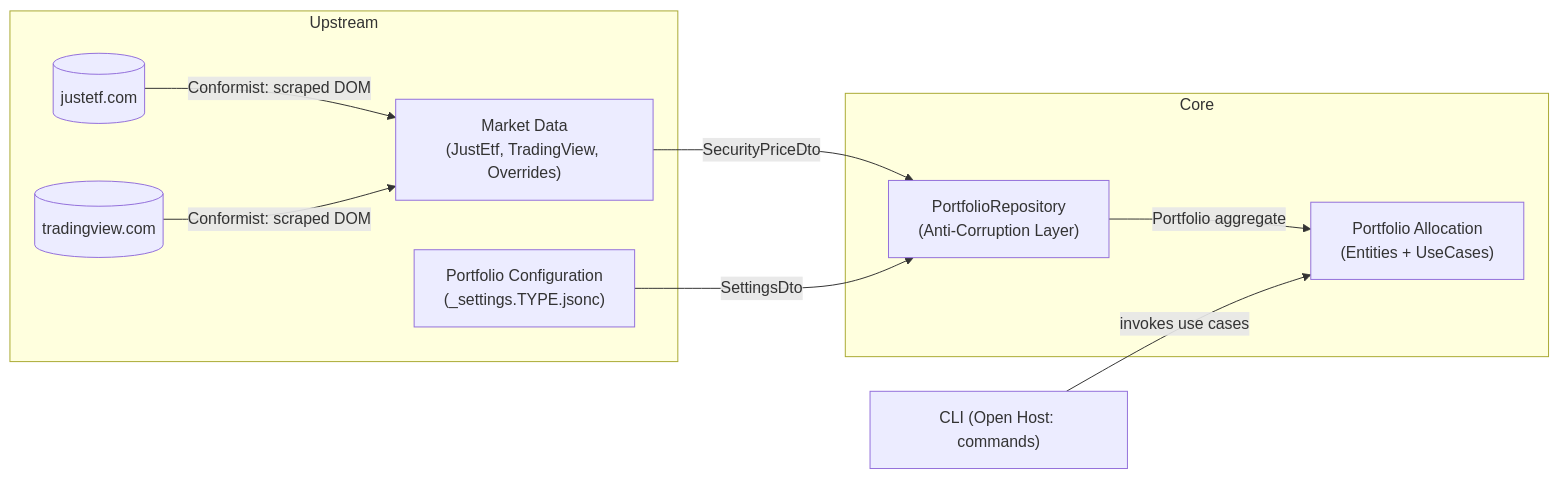
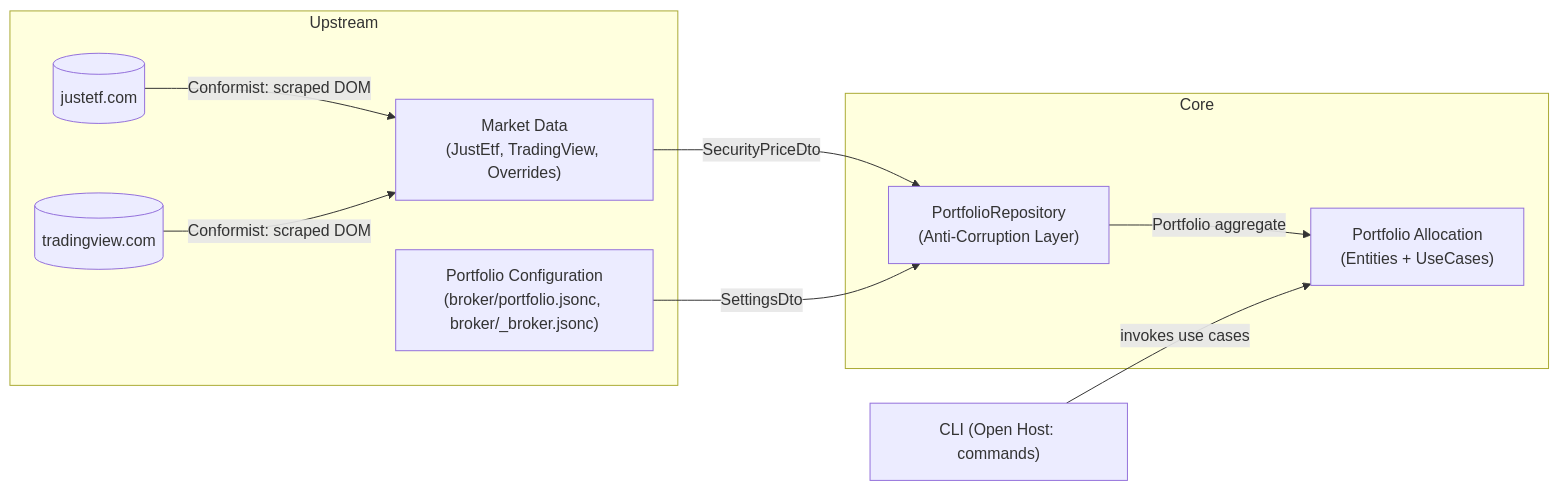
The first of 2 diagrams in docs/domain/README.md (armaaar/stock-calc), drawn with Mermaid before and after one commit. The commit also changed 72 other files, not shown here.

````diff
--- a/docs/domain/README.md
+++ b/docs/domain/README.md
@@ -35,21 +35,21 @@
 ```mermaid
 flowchart LR
   subgraph Upstream
     MD["Market Data<br/>(JustEtf, TradingView, Overrides)"]
-    CFG["Portfolio Configuration<br/>(_settings.TYPE.jsonc)"]
+    CFG["Portfolio Configuration<br/>(broker/portfolio.jsonc, broker/_broker.jsonc)"]
     EXT1[(justetf.com)]
     EXT2[(tradingview.com)]
   end
   subgraph Core
     ACL["PortfolioRepository<br/>(Anti-Corruption Layer)"]
     PA["Portfolio Allocation<br/>(Entities + UseCases)"]
   end
   CLI["CLI (Open Host: commands)"]
 
   EXT1 -- "Conformist: scraped DOM" --> MD
   EXT2 -- "Conformist: scraped DOM" --> MD
   MD -- "SecurityPriceDto" --> ACL
   CFG -- "SettingsDto" --> ACL
   ACL -- "Portfolio aggregate" --> PA
   CLI -- "invokes use cases" --> PA
 ```
````
